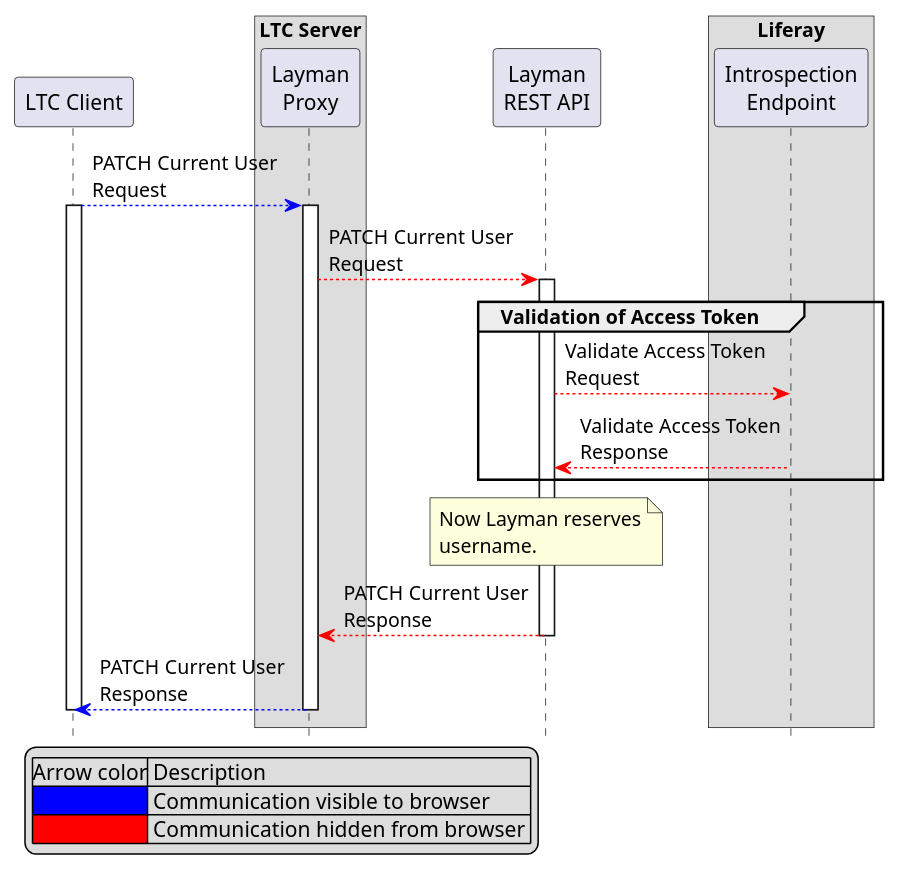
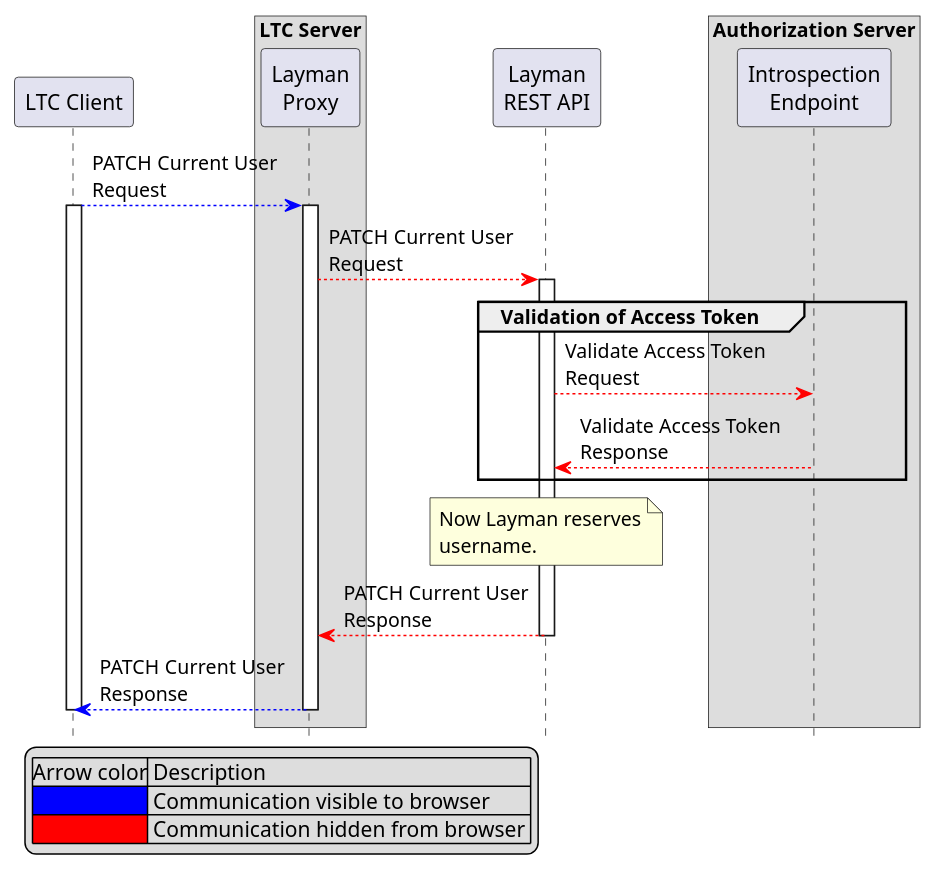
The diagram in doc/oauth2/patch-current-user.puml (LayerManager/layman), drawn with PlantUML before and after one commit. The commit also changed 10 other files, not shown here.

```diff
--- a/doc/oauth2/patch-current-user.puml
+++ b/doc/oauth2/patch-current-user.puml
@@ -1,40 +1,40 @@
 @startuml
 hide footbox
 participant "LTC Client" as ltcc
 
 box "LTC Server"
     participant "Layman\nProxy" as ltcsproxy
 end box
 participant "Layman\nREST API" as layman
 
-box "Liferay"
+box "Authorization Server"
 	participant "Introspection\nEndpoint" as lris
 end box
 
 
 ltcc [#0000FF]--> ltcsproxy: PATCH Current User\nRequest
 activate ltcc
 activate ltcsproxy
 ltcsproxy [#FF0000]--> layman: PATCH Current User\nRequest
 activate layman
 group Validation of Access Token
     layman [#FF0000]--> lris: Validate Access Token\nRequest
     lris [#FF0000]--> layman: Validate Access Token\nResponse
 end
 note over layman
     Now Layman reserves
     username.
 end note
 layman [#FF0000]--> ltcsproxy: PATCH Current User\nResponse
 deactivate layman
 ltcsproxy [#0000FF]--> ltcc: PATCH Current User\nResponse
 deactivate ltcsproxy
 deactivate ltcc
 
 legend left
     |Arrow color| Description |
     |<#0000FF>| Communication visible to browser |
     |<#FF0000>| Communication hidden from browser |
 endlegend
 
 @enduml
```
